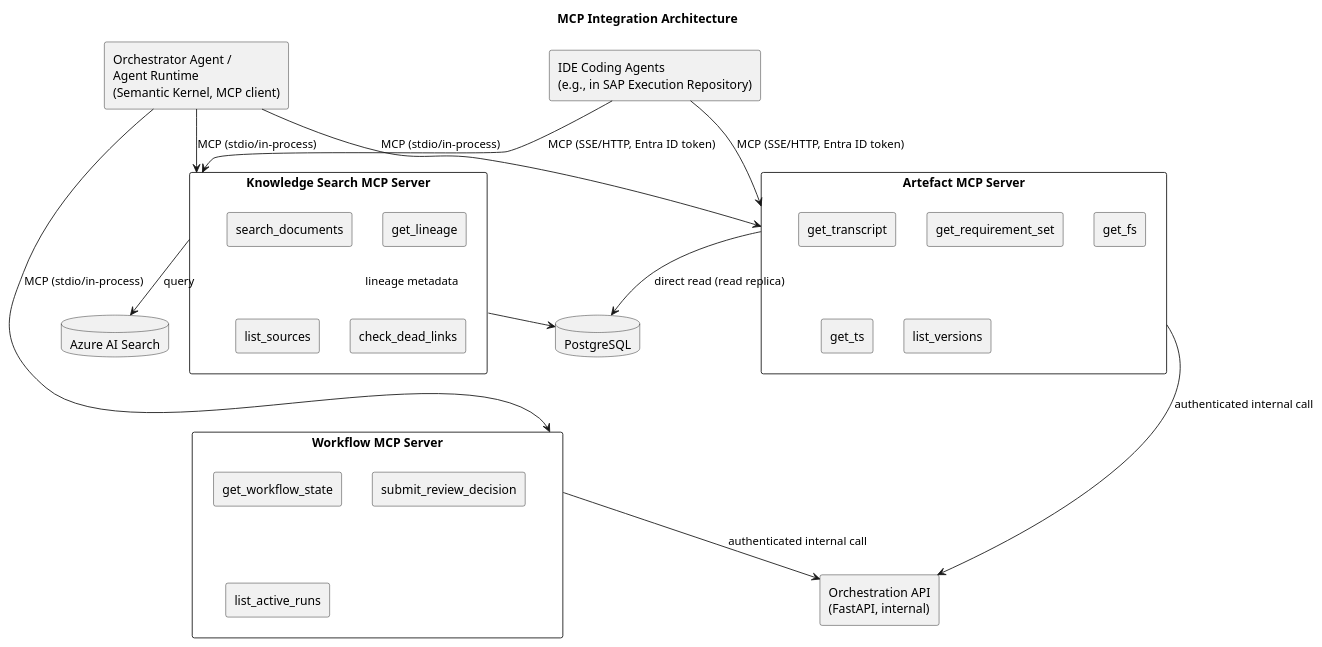
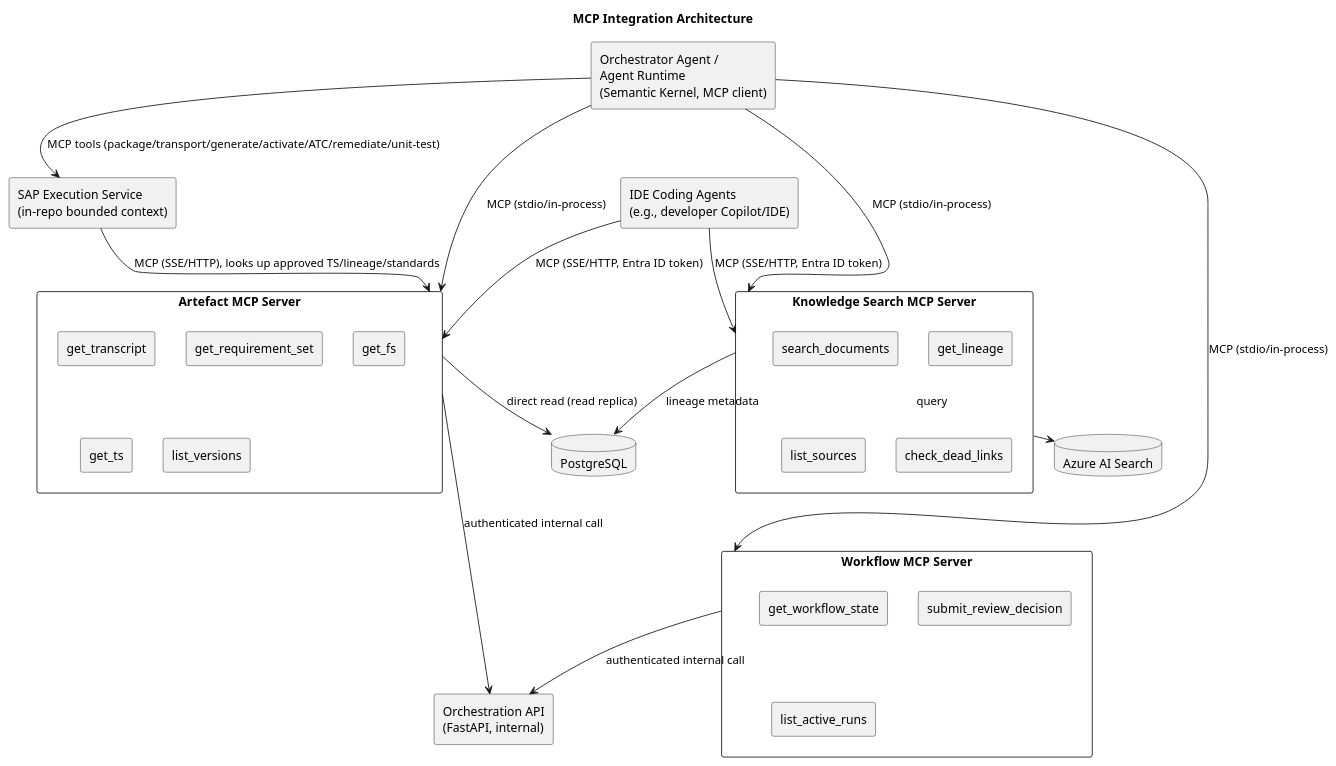
Before and after one commit to Atri-03/My-repo: the diagram in sap-ai-delivery-platform/docs/architecture/diagrams/mcp-integration.puml, drawn with PlantUML. The commit also changed 53 other files, not shown here.

Commit message:
Update architecture docs to reflect in-repo SAP Execution bounded context; add gap analysis report

```diff
--- a/sap-ai-delivery-platform/docs/architecture/diagrams/mcp-integration.puml
+++ b/sap-ai-delivery-platform/docs/architecture/diagrams/mcp-integration.puml
@@ -1,46 +1,49 @@
 @startuml MCP-Integration
 title MCP Integration Architecture
 
 skinparam componentStyle rectangle
 
 component "Orchestrator Agent /\nAgent Runtime\n(Semantic Kernel, MCP client)" as SKClient
-component "IDE Coding Agents\n(e.g., in SAP Execution Repository)" as IDEAgent
+component "SAP Execution Service\n(in-repo bounded context)" as SapExec
+component "IDE Coding Agents\n(e.g., developer Copilot/IDE)" as IDEAgent
 
 component "Knowledge Search MCP Server" as McpKnowledge {
   [search_documents]
   [get_lineage]
   [list_sources]
   [check_dead_links]
 }
 
 component "Artefact MCP Server" as McpArtefact {
   [get_transcript]
   [get_requirement_set]
   [get_fs]
   [get_ts]
   [list_versions]
 }
 
 component "Workflow MCP Server" as McpWorkflow {
   [get_workflow_state]
   [submit_review_decision]
   [list_active_runs]
 }
 
 database "Azure AI Search" as Search
 database "PostgreSQL" as PG
 component "Orchestration API\n(FastAPI, internal)" as API
 
 SKClient --> McpKnowledge : MCP (stdio/in-process)
 SKClient --> McpArtefact : MCP (stdio/in-process)
 SKClient --> McpWorkflow : MCP (stdio/in-process)
 IDEAgent --> McpKnowledge : MCP (SSE/HTTP, Entra ID token)
 IDEAgent --> McpArtefact : MCP (SSE/HTTP, Entra ID token)
+SKClient --> SapExec : MCP tools (package/transport/generate/activate/ATC/remediate/unit-test)
+SapExec --> McpArtefact : MCP (SSE/HTTP), looks up approved TS/lineage/standards
 
 McpKnowledge --> Search : query
 McpKnowledge --> PG : lineage metadata
 McpArtefact --> API : authenticated internal call
 McpArtefact --> PG : direct read (read replica)
 McpWorkflow --> API : authenticated internal call
 
 @enduml
```
